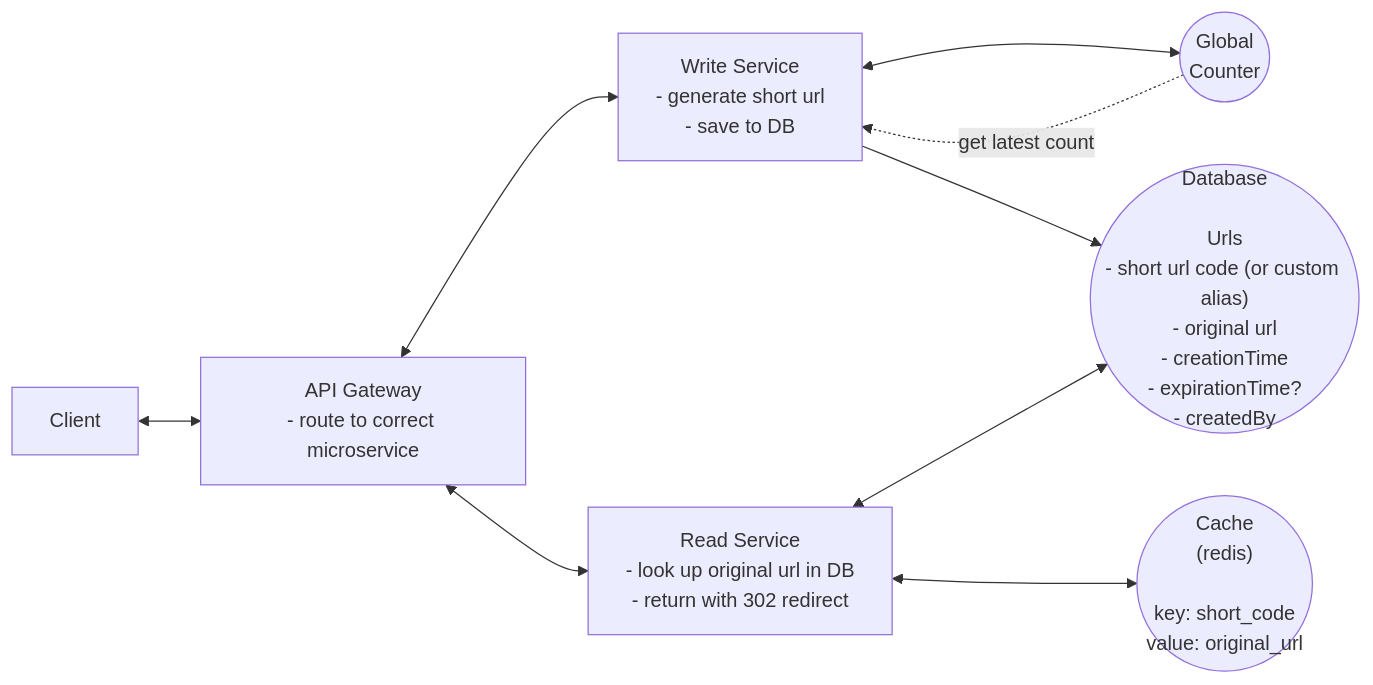
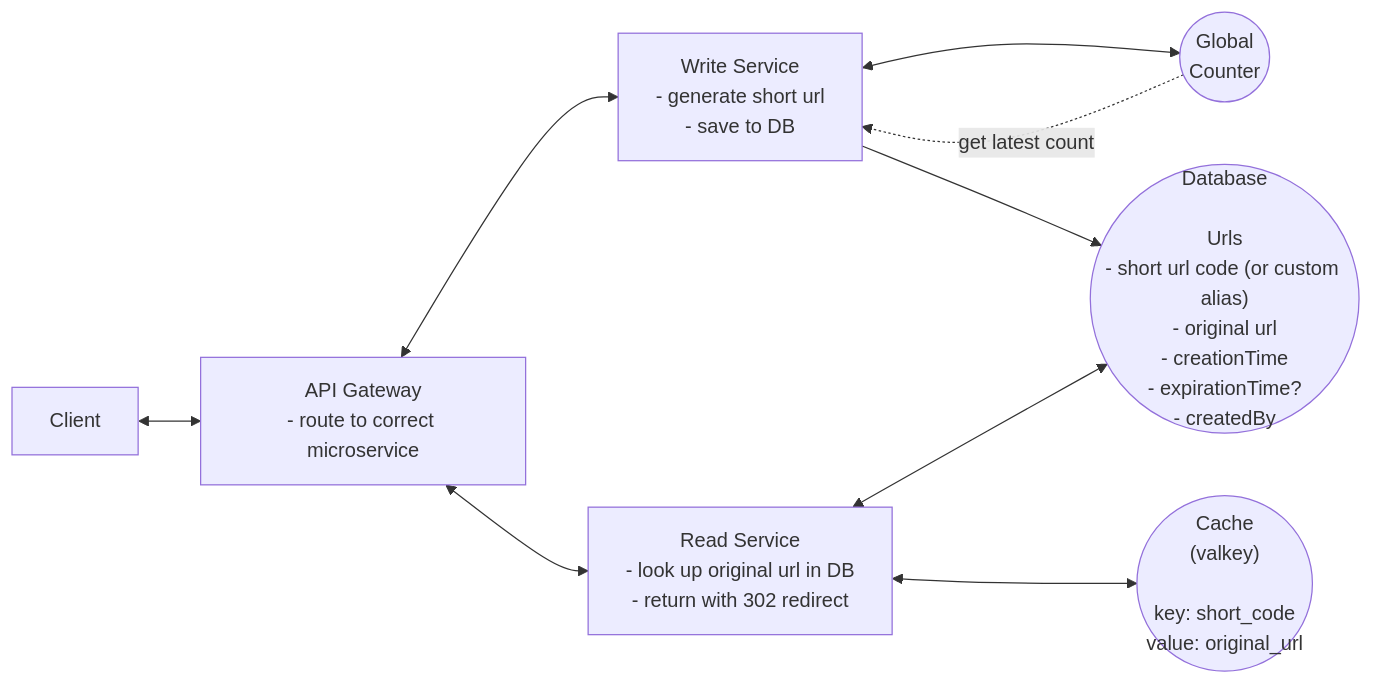
The diagram in README.md (BijaySharma/url-shortener), drawn with Mermaid before and after one commit. The commit also changed other lines of this file and 6 other files, not shown here.

Commit message:
Update README and architecture documentation to reflect Valkey cache integration; add Valkey client implementation and update service to support new short code generation approach

````diff
--- a/README.md
+++ b/README.md
@@ -11,20 +11,20 @@
 ```mermaid
 graph LR
     Client["Client"]
     Gateway["API Gateway<br/>- route to correct microservice"]
     Write["Write Service<br/>- generate short url<br/>- save to DB"]
     Read["Read Service<br/>- look up original url in DB<br/>- return with 302 redirect"]
     Counter(("Global<br/>Counter"))
     DB(("Database<br/><br/>Urls<br/>- short url code (or custom alias)<br/>- original url<br/>- creationTime<br/>- expirationTime?<br/>- createdBy"))
-    Cache(("Cache<br/>(redis)<br/><br/>key: short_code<br/>value: original_url"))
+    Cache(("Cache<br/>(valkey)<br/><br/>key: short_code<br/>value: original_url"))
 
     Client <--> Gateway
     Gateway <--> Write
     Gateway <--> Read
     Write <--> Counter
     Write --> DB
     Read <--> DB
     Read <--> Cache
 
     Counter -.->|"get latest count"| Write
 ```
````
